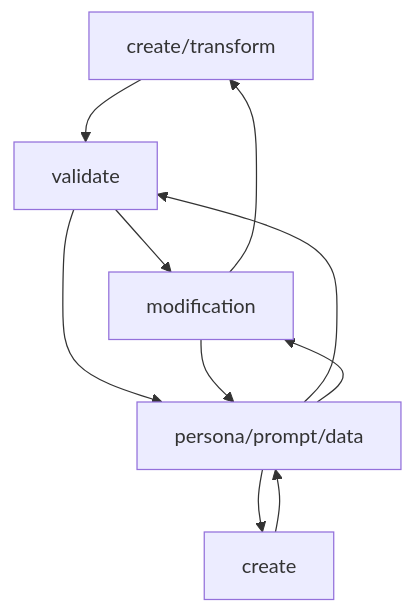
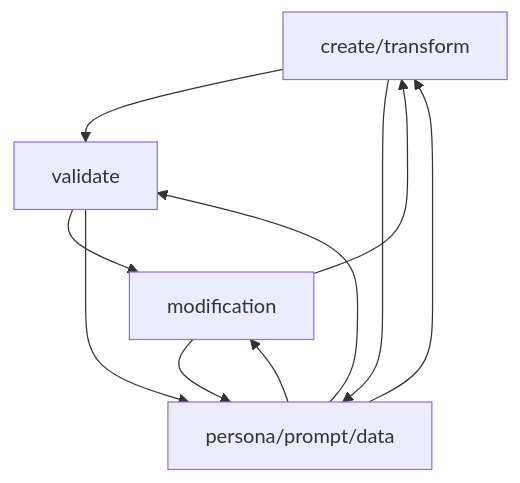
One commit to CloudSecurityAlliance/CSA-AI-Toolkit changed the diagram in README.md. Above: the diagram before and after it, drawn with Mermaid.

````diff
--- a/README.md
+++ b/README.md
@@ -58,14 +58,14 @@
 ```mermaid
  graph TD;
   create/transform-->validate;
   validate-->modification;
   modification-->create/transform;
 
-  create-->persona/prompt/data;
+  create/transform-->persona/prompt/data;
   validate-->persona/prompt/data;
   modification-->persona/prompt/data;
 
-  persona/prompt/data-->create;
+  persona/prompt/data-->create/transform;
   persona/prompt/data-->validate;
   persona/prompt/data-->modification;
 ```
````
